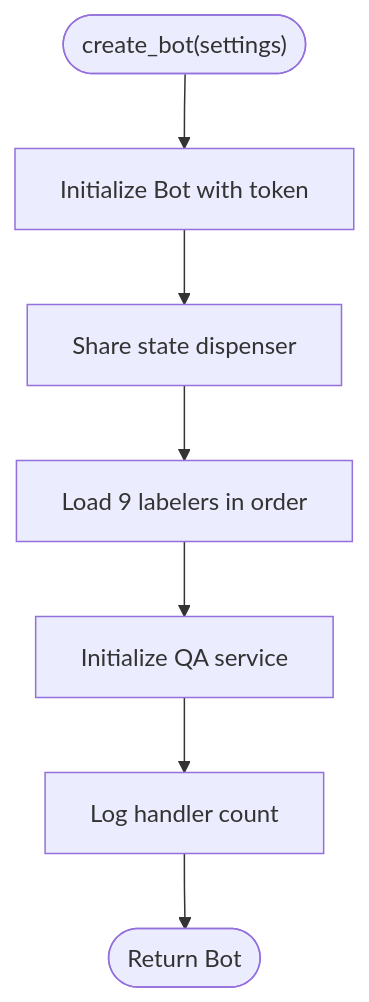
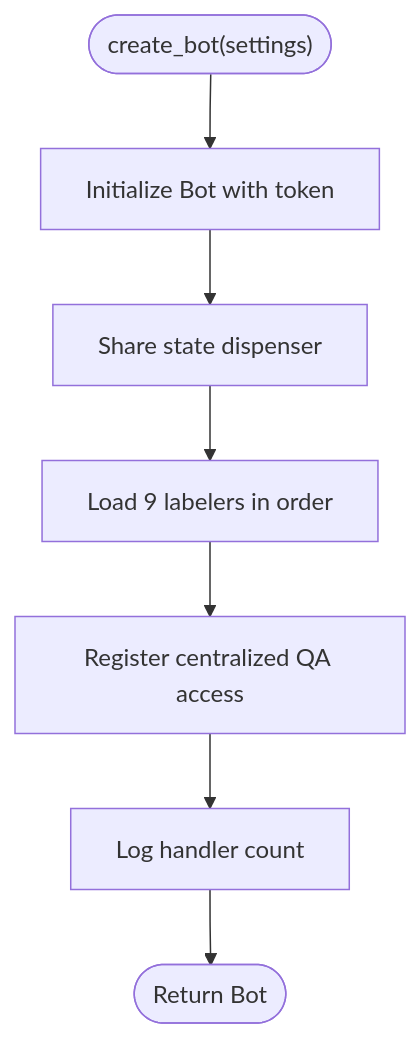
The sixth of 11 diagrams in .qoder/repowiki/en/content/VK Integration/VK Integration.md (ognelis/cafetera_hr_bot), drawn with Mermaid before and after one commit. The commit also changed other lines of this file and 29 other files, not shown here.

````diff
--- a/.qoder/repowiki/en/content/VK Integration/VK Integration.md
+++ b/.qoder/repowiki/en/content/VK Integration/VK Integration.md
@@ -279,9 +344,9 @@
 ```mermaid
 flowchart TD
 Start(["create_bot(settings)"]) --> Init["Initialize Bot with token"]
 Init --> ShareState["Share state dispenser"]
 ShareState --> LoadHandlers["Load 9 labelers in order"]
-LoadHandlers --> InitQA["Initialize QA service"]
-InitQA --> Log["Log handler count"]
+LoadHandlers --> RegisterUtils["Register centralized QA access"]
+RegisterUtils --> Log["Log handler count"]
 Log --> ReturnBot(["Return Bot"])
 ```
````
